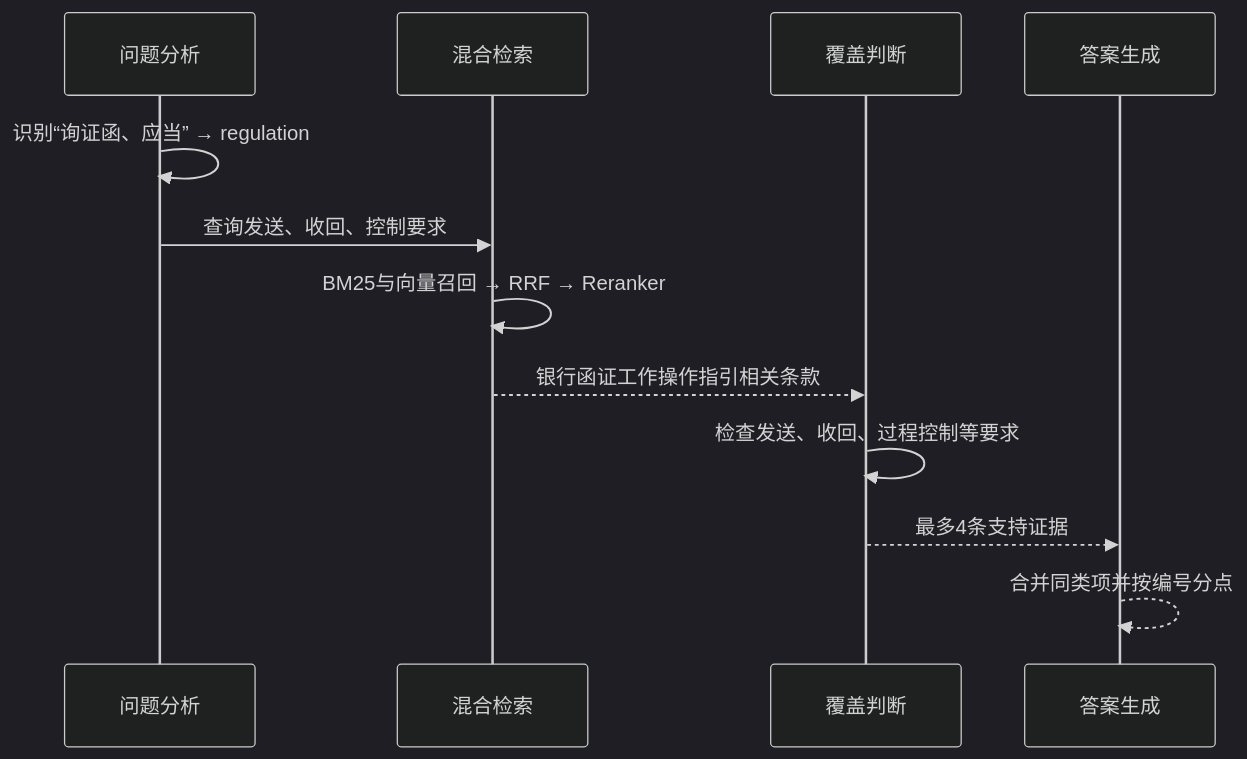
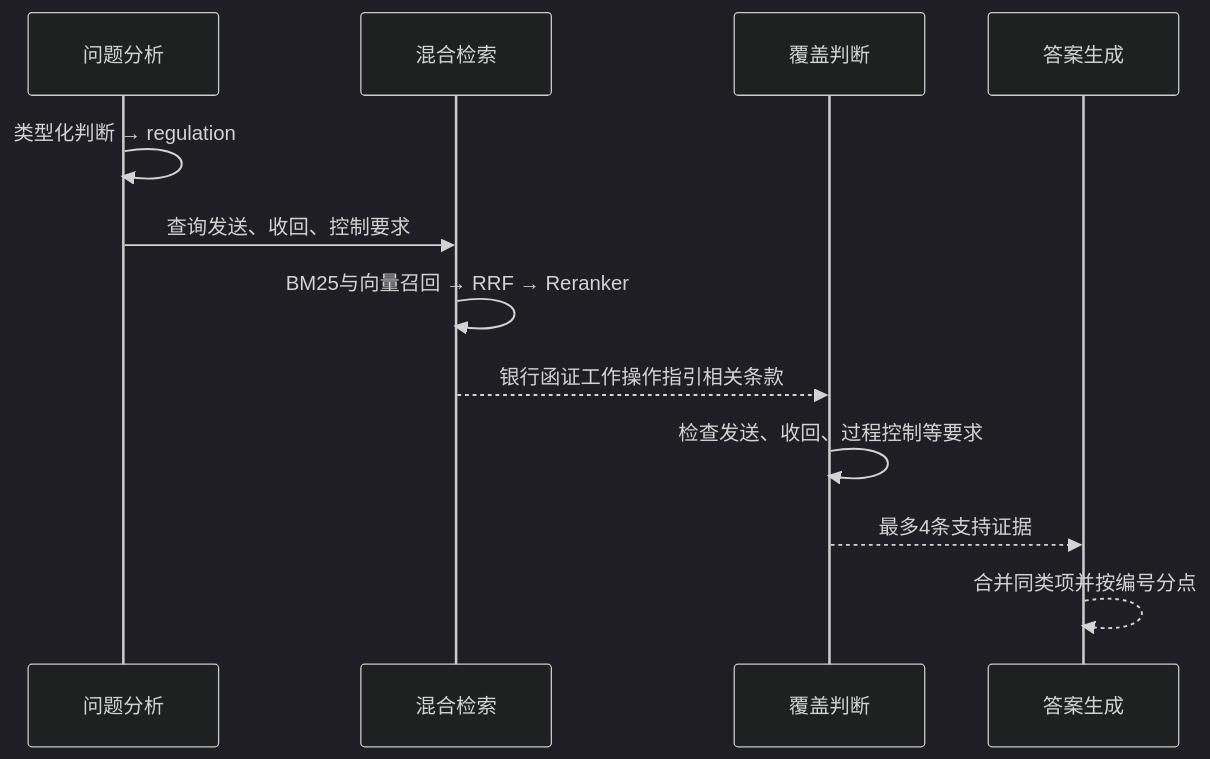
The fourth of 4 diagrams in docs/技术文档.md (wxl-0/trusted-rag-banking), drawn with Mermaid (dark theme) before and after one commit. The commit also changed other lines of this file and 4 other files, not shown here.

````diff
--- a/docs/技术文档.md
+++ b/docs/技术文档.md
@@ -465,14 +473,14 @@
 ```mermaid
 sequenceDiagram
     participant Q as 问题分析
     participant R as 混合检索
     participant C as 覆盖判断
     participant G as 答案生成
-    Q->>Q: 识别“询证函、应当” → regulation
+    Q->>Q: 类型化判断 → regulation
     Q->>R: 查询发送、收回、控制要求
     R->>R: BM25与向量召回 → RRF → Reranker
     R-->>C: 银行函证工作操作指引相关条款
     C->>C: 检查发送、收回、过程控制等要求
     C-->>G: 最多4条支持证据
     G-->>G: 合并同类项并按编号分点
 ```
````
